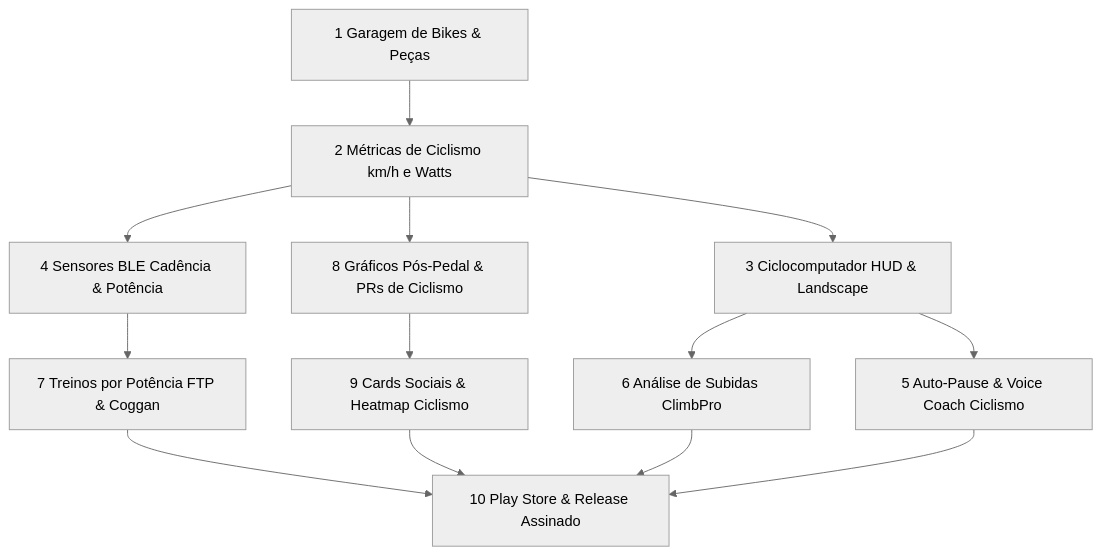
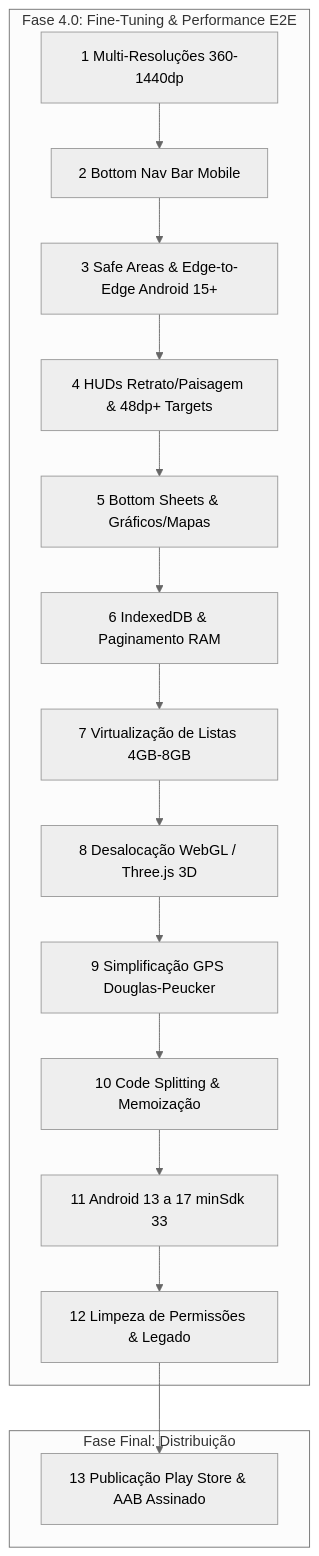
Before and after one commit to lguscouto/runflow-app: the diagram in ROADMAP.md, drawn with Mermaid (neutral theme). The commit also changed other lines of this file and 16 other files, not shown here.

Commit message:
feat(phase-4): fine-tuning visual multi-resolucoes, otimizacao de memoria 4gb-8gb e modernizacao android 13 a 17

````diff
--- a/ROADMAP.md
+++ b/ROADMAP.md
@@ -165,15 +154,22 @@
 ```mermaid
 flowchart TD
-  E1[1 Garagem de Bikes & Peças] --> E2[2 Métricas de Ciclismo km/h e Watts]
-  E2 --> E3[3 Ciclocomputador HUD & Landscape]
-  E2 --> E4[4 Sensores BLE Cadência & Potência]
-  E3 --> E5[5 Auto-Pause & Voice Coach Ciclismo]
-  E3 --> E6[6 Análise de Subidas ClimbPro]
-  E4 --> E7[7 Treinos por Potência FTP & Coggan]
-  E2 --> E8[8 Gráficos Pós-Pedal & PRs de Ciclismo]
-  E8 --> E9[9 Cards Sociais & Heatmap Ciclismo]
-  E7 --> E10[10 Play Store & Release Assinado]
-  E9 --> E10
-  E6 --> E10
-  E5 --> E10
+  subgraph Fase4["Fase 4.0: Fine-Tuning & Performance E2E"]
+    V1[1 Multi-Resoluções 360-1440dp] --> V2[2 Bottom Nav Bar Mobile]
+    V2 --> V3[3 Safe Areas & Edge-to-Edge Android 15+]
+    V3 --> V4[4 HUDs Retrato/Paisagem & 48dp+ Targets]
+    V4 --> V5[5 Bottom Sheets & Gráficos/Mapas]
+    
+    V5 --> P6[6 IndexedDB & Paginamento RAM]
+    P6 --> P7[7 Virtualização de Listas 4GB-8GB]
+    P7 --> P8[8 Desalocação WebGL / Three.js 3D]
+    P8 --> P9[9 Simplificação GPS Douglas-Peucker]
+    P9 --> P10[10 Code Splitting & Memoização]
+    
+    P10 --> M11[11 Android 13 a 17 minSdk 33]
+    M11 --> M12[12 Limpeza de Permissões & Legado]
+  end
+
+  subgraph ReleaseFinal["Fase Final: Distribuição"]
+    M12 --> PUB[13 Publicação Play Store & AAB Assinado]
+  end
 ```
````
